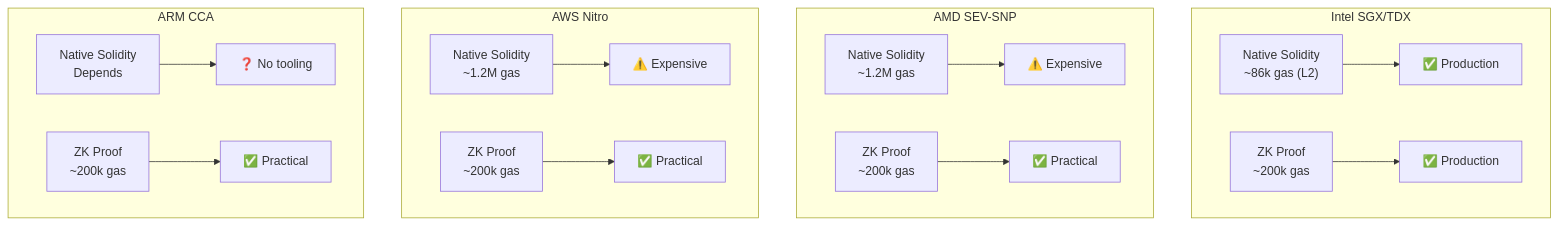
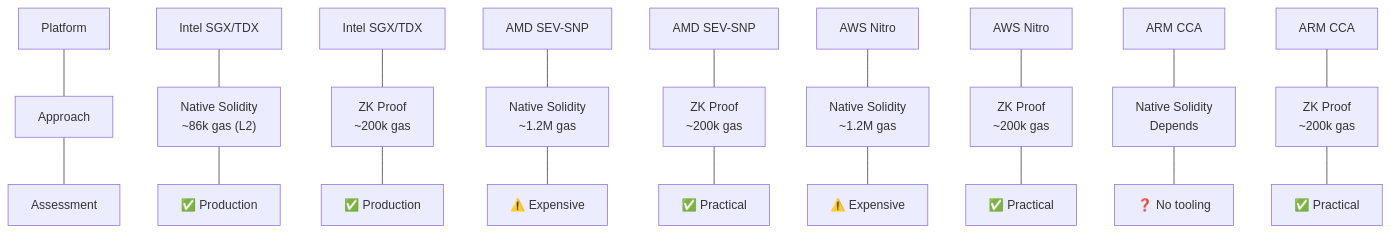
Before and after one commit to V-k-h/roots-of-trust: the tenth of 12 diagrams in posts/04-cross-platform-attestation.md, drawn with Mermaid. The commit also changed other lines of this file, not shown here.

````diff
--- a/posts/04-cross-platform-attestation.md
+++ b/posts/04-cross-platform-attestation.md
@@ -340,22 +347,22 @@
 ```mermaid
-flowchart TD
-    subgraph Intel["Intel SGX/TDX"]
-        I1["Native Solidity\n~86k gas (L2)"] --> OK1[✅ Production]
-        I2["ZK Proof\n~200k gas"] --> OK2[✅ Production]
-    end
-    
-    subgraph AMD["AMD SEV-SNP"]
-        A1["Native Solidity\n~1.2M gas"] --> Warn1[⚠️ Expensive]
-        A2["ZK Proof\n~200k gas"] --> OK3[✅ Practical]
-    end
-    
-    subgraph AWS["AWS Nitro"]
-        N1["Native Solidity\n~1.2M gas"] --> Warn2[⚠️ Expensive]
-        N2["ZK Proof\n~200k gas"] --> OK4[✅ Practical]
-    end
-    
-    subgraph ARM["ARM CCA"]
-        C1["Native Solidity\nDepends"] --> Unknown[❓ No tooling]
-        C2["ZK Proof\n~200k gas"] --> OK5[✅ Practical]
-    end
+flowchart TB
+
+    H1["Platform"]
+    H2["Approach"]
+    H3["Assessment"]
+
+    H1 --- H2
+    H2 --- H3
+
+    P1["Intel SGX/TDX"] --- A1["Native Solidity<br>~86k gas (L2)"] --- R1["✅ Production"]
+    P2["Intel SGX/TDX"] --- A2["ZK Proof<br>~200k gas"] --- R2["✅ Production"]
+
+    P3["AMD SEV-SNP"] --- A3["Native Solidity<br>~1.2M gas"] --- R3["⚠️ Expensive"]
+    P4["AMD SEV-SNP"] --- A4["ZK Proof<br>~200k gas"] --- R4["✅ Practical"]
+
+    P5["AWS Nitro"] --- A5["Native Solidity<br>~1.2M gas"] --- R5["⚠️ Expensive"]
+    P6["AWS Nitro"] --- A6["ZK Proof<br>~200k gas"] --- R6["✅ Practical"]
+
+    P7["ARM CCA"] --- A7["Native Solidity<br>Depends"] --- R7["❓ No tooling"]
+    P8["ARM CCA"] --- A8["ZK Proof<br>~200k gas"] --- R8["✅ Practical"]
 ```
````
